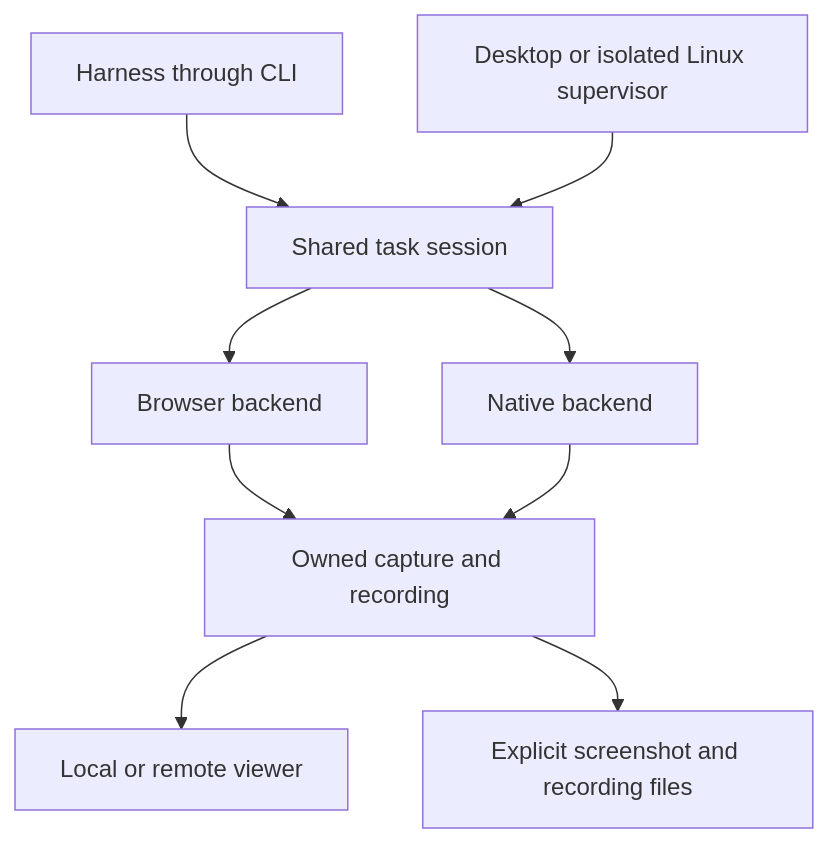
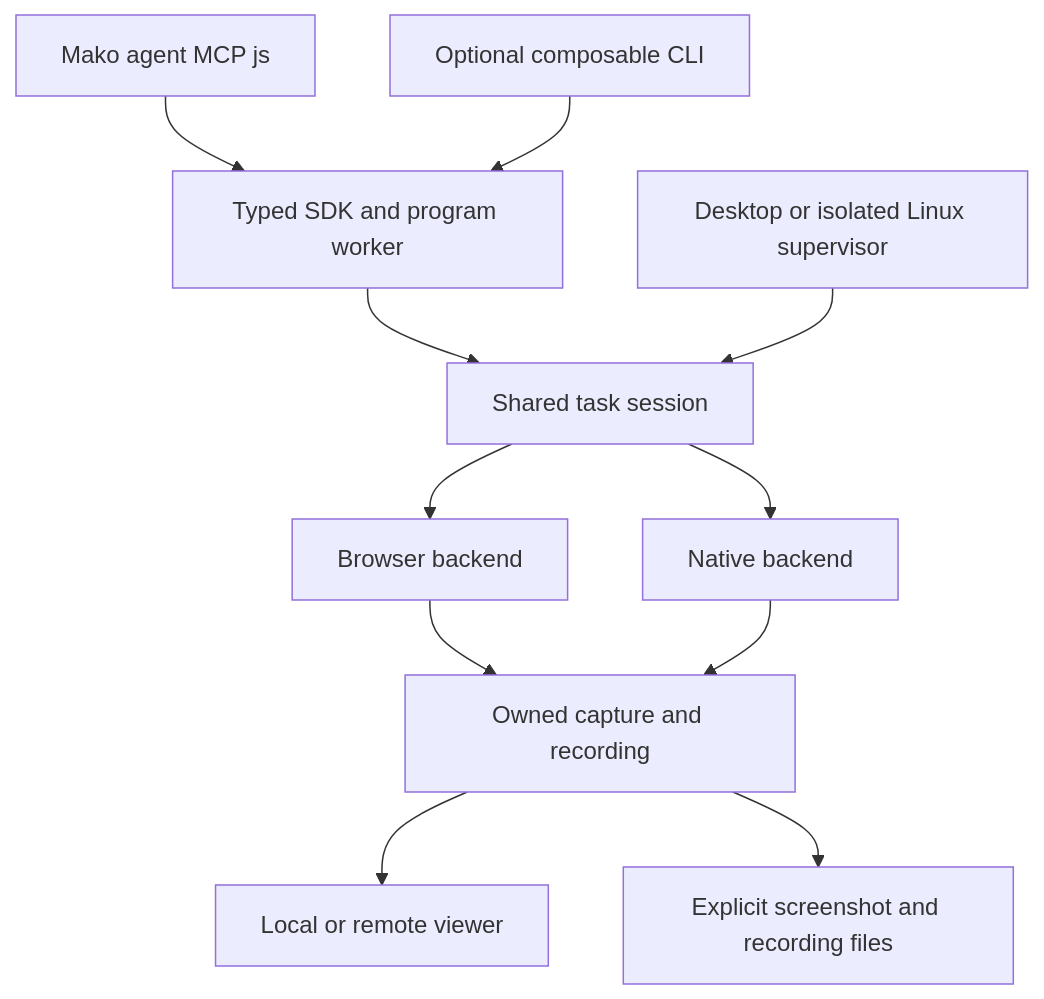
The diagram in docs/local-control-architecture.md (Verbiflow/mako), drawn with Mermaid before and after one commit. The commit also changed other lines of this file and 12 other files, not shown here.

````diff
--- a/docs/local-control-architecture.md
+++ b/docs/local-control-architecture.md
@@ -11,11 +11,13 @@
 ```mermaid
 flowchart TD
-  Harness[Harness through CLI] --> Session[Shared task session]
+  Harness[Mako agent MCP js] --> SDK[Typed SDK and program worker]
+  CLI[Optional composable CLI] --> SDK
+  SDK --> Session[Shared task session]
   Session --> Browser[Browser backend]
   Session --> Native[Native backend]
   Browser --> Capture[Owned capture and recording]
   Native --> Capture
   Capture --> Viewer[Local or remote viewer]
   Capture --> Files[Explicit screenshot and recording files]
   Supervisor[Desktop or isolated Linux supervisor] --> Session
 ```
````
